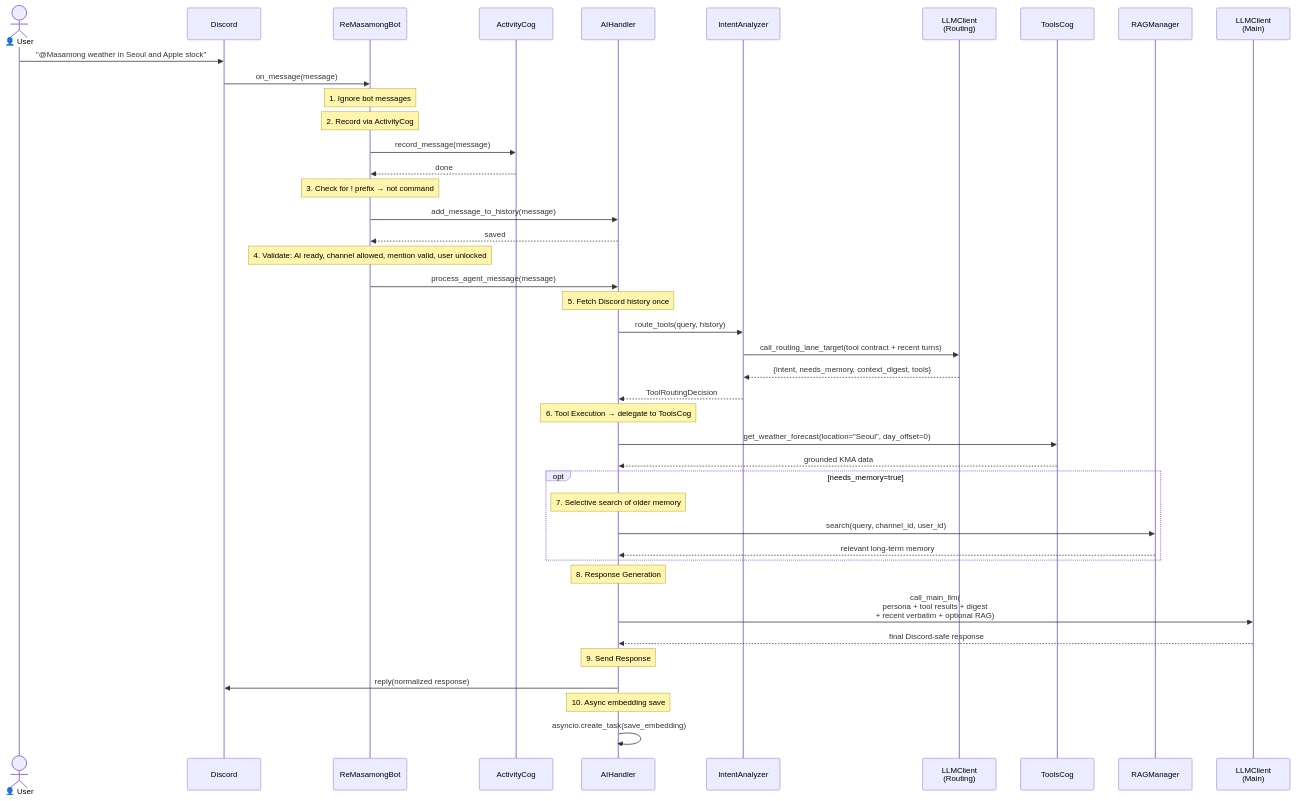
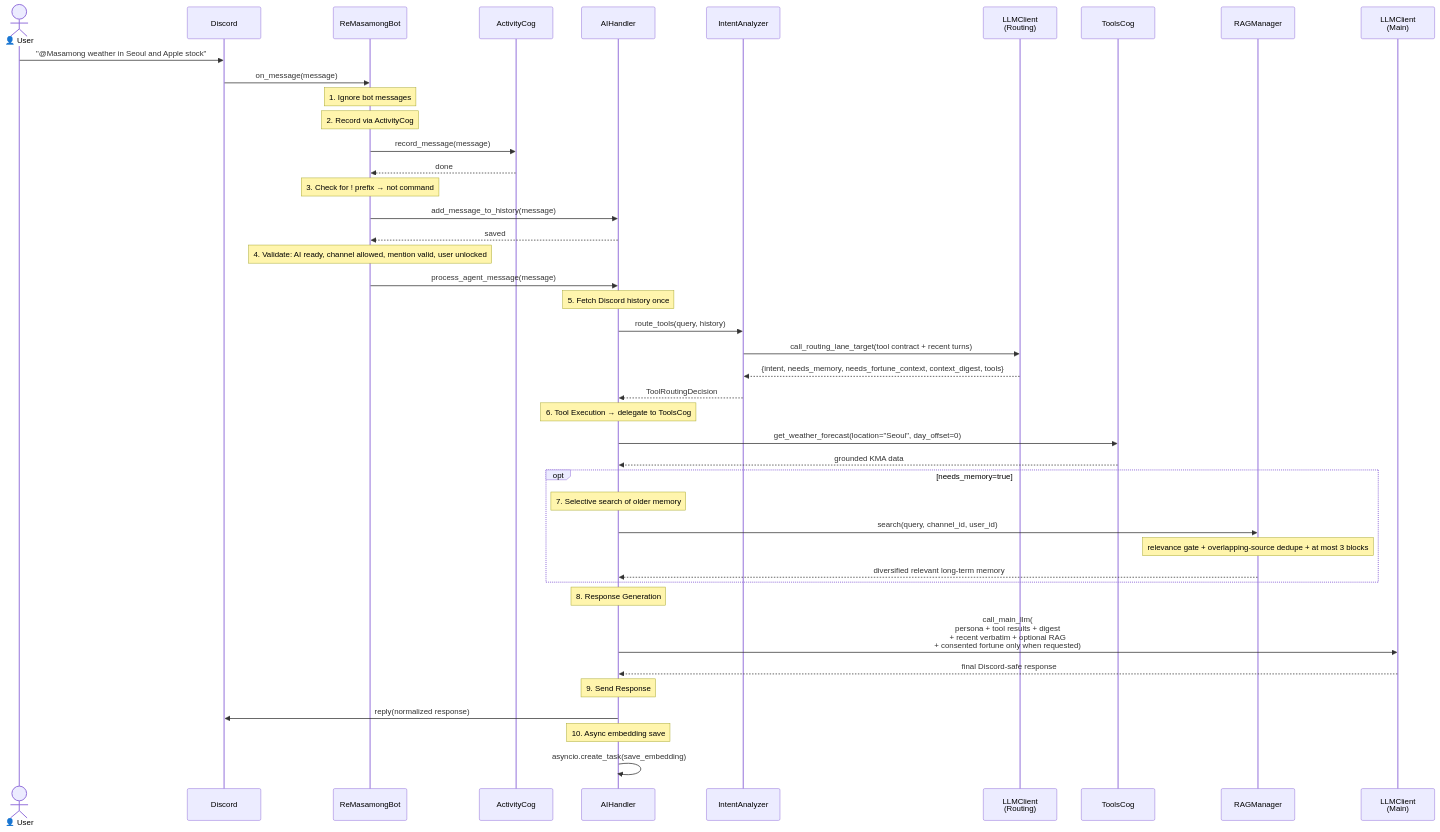
One commit to kim0040/masamong changed the eighth of 15 diagrams in docs/ARCHITECTURE.en.md. Above: the diagram before and after it, drawn with Mermaid. The commit also changed 13 other files, not shown here.

````diff
--- a/docs/ARCHITECTURE.en.md
+++ b/docs/ARCHITECTURE.en.md
@@ -309,60 +309,61 @@
 ```mermaid
 sequenceDiagram
     actor User as 👤 User
     participant Discord as Discord
     participant Bot as ReMasamongBot
     participant Activity as ActivityCog
     participant AI as AIHandler
     participant Intent as IntentAnalyzer
     participant LLMR as LLMClient<br/>(Routing)
     participant Tools as ToolsCog
     participant RAG as RAGManager
     participant LLMM as LLMClient<br/>(Main)
 
     User->>Discord: "@Masamong weather in Seoul and Apple stock"
     Discord->>Bot: on_message(message)
 
     Note over Bot: 1. Ignore bot messages
     Note over Bot: 2. Record via ActivityCog
 
     Bot->>Activity: record_message(message)
     Activity-->>Bot: done
 
     Note over Bot: 3. Check for ! prefix → not command
 
     Bot->>AI: add_message_to_history(message)
     AI-->>Bot: saved
 
     Note over Bot: 4. Validate: AI ready, channel allowed, mention valid, user unlocked
 
     Bot->>AI: process_agent_message(message)
 
     Note over AI: 5. Fetch Discord history once
     AI->>Intent: route_tools(query, history)
     Intent->>LLMR: call_routing_lane_target(tool contract + recent turns)
-    LLMR-->>Intent: {intent, needs_memory, context_digest, tools}
+    LLMR-->>Intent: {intent, needs_memory, needs_fortune_context, context_digest, tools}
     Intent-->>AI: ToolRoutingDecision
 
     Note over AI: 6. Tool Execution → delegate to ToolsCog
 
     AI->>Tools: get_weather_forecast(location="Seoul", day_offset=0)
     Tools-->>AI: grounded KMA data
 
     opt needs_memory=true
         Note over AI: 7. Selective search of older memory
         AI->>RAG: search(query, channel_id, user_id)
-        RAG-->>AI: relevant long-term memory
+        Note over RAG: relevance gate + overlapping-source dedupe + at most 3 blocks
+        RAG-->>AI: diversified relevant long-term memory
     end
 
     Note over AI: 8. Response Generation
 
-    AI->>LLMM: call_main_llm(<br/>persona + tool results + digest<br/>+ recent verbatim + optional RAG)
+    AI->>LLMM: call_main_llm(<br/>persona + tool results + digest<br/>+ recent verbatim + optional RAG<br/>+ consented fortune only when requested)
     LLMM-->>AI: final Discord-safe response
 
     Note over AI: 9. Send Response
 
     AI->>Discord: reply(normalized response)
 
     Note over AI: 10. Async embedding save
     AI->>AI: asyncio.create_task(save_embedding)
 ```
````
